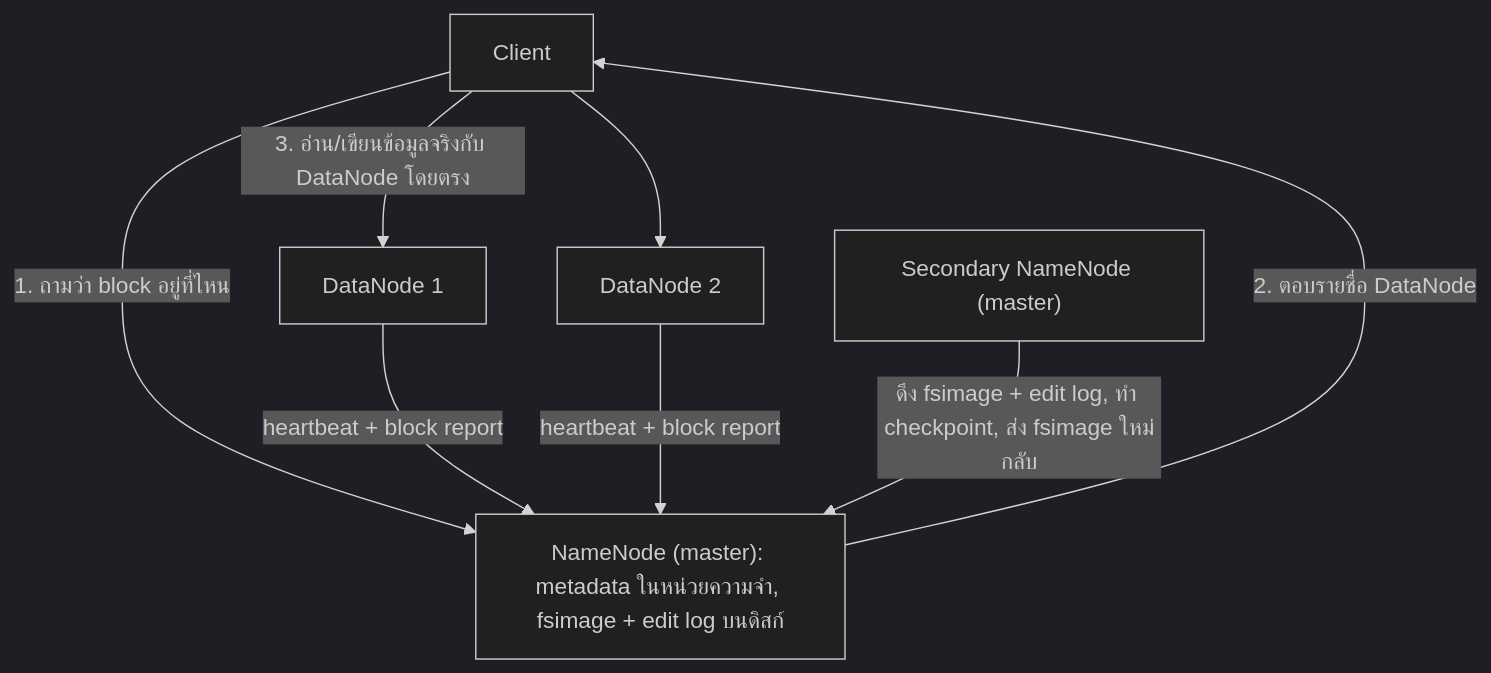
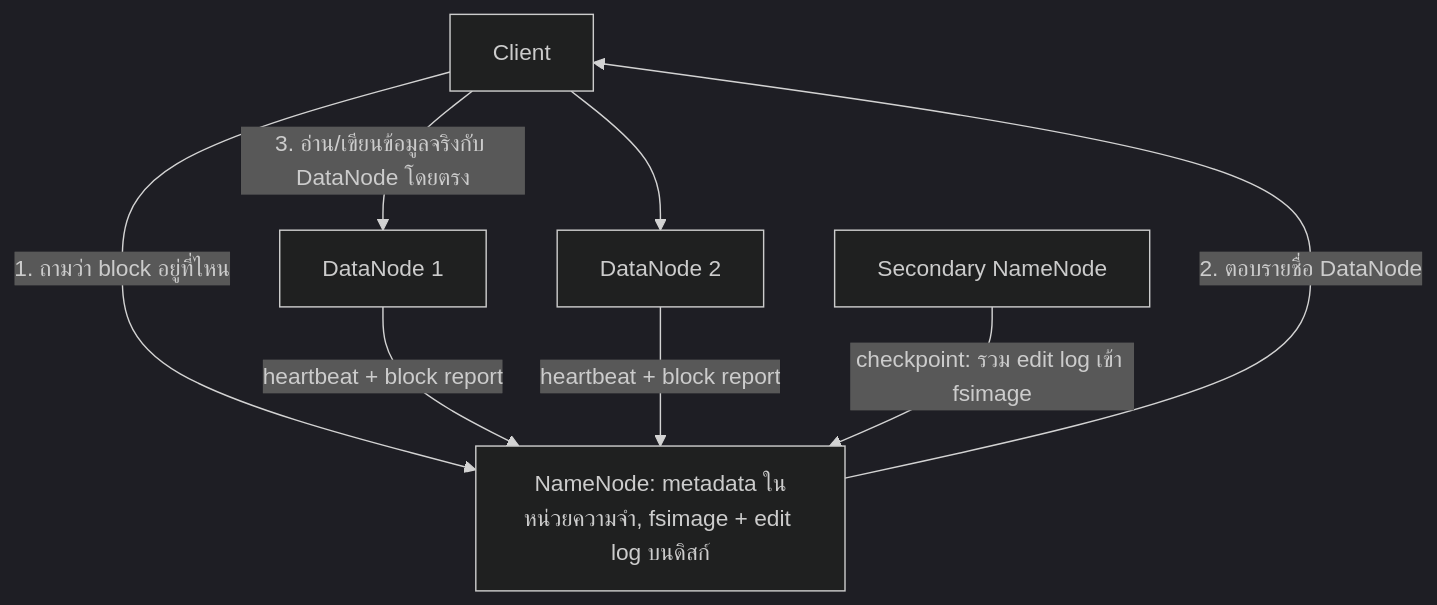
The sixth of 12 diagrams in dads6002-big-data-analytics/summary/01_hadoop[claude].md (mdanmek/nida-dads-notes), drawn with Mermaid (dark theme) before and after one commit. The commit also changed other lines of this file, not shown here.

````diff
--- a/dads6002-big-data-analytics/summary/01_hadoop[claude].md
+++ b/dads6002-big-data-analytics/summary/01_hadoop[claude].md
@@ -392,10 +224,10 @@
 ```mermaid
 flowchart TB
-    C["Client"] -- "1. ถามว่า block อยู่ที่ไหน" --> NN["NameNode (master): metadata ในหน่วยความจำ, fsimage + edit log บนดิสก์"]
+    C["Client"] -- "1. ถามว่า block อยู่ที่ไหน" --> NN["NameNode: metadata ในหน่วยความจำ, fsimage + edit log บนดิสก์"]
     NN -- "2. ตอบรายชื่อ DataNode" --> C
     C -- "3. อ่าน/เขียนข้อมูลจริงกับ DataNode โดยตรง" --> DN1["DataNode 1"]
     C --> DN2["DataNode 2"]
     DN1 -- "heartbeat + block report" --> NN
     DN2 -- "heartbeat + block report" --> NN
-    SNN["Secondary NameNode (master)"] -- "ดึง fsimage + edit log, ทำ checkpoint, ส่ง fsimage ใหม่กลับ" --> NN
+    SNN["Secondary NameNode"] -- "checkpoint: รวม edit log เข้า fsimage" --> NN
 ```
````
